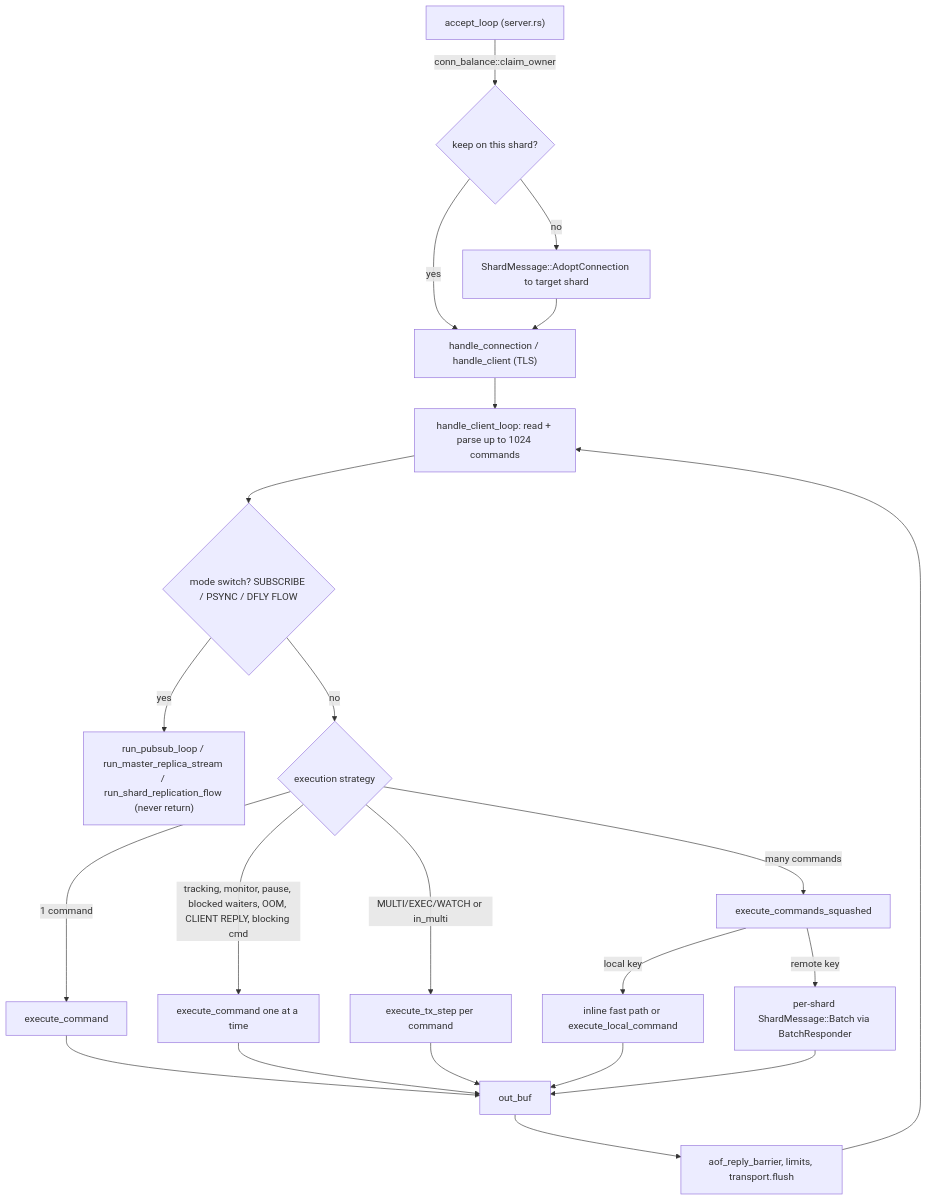
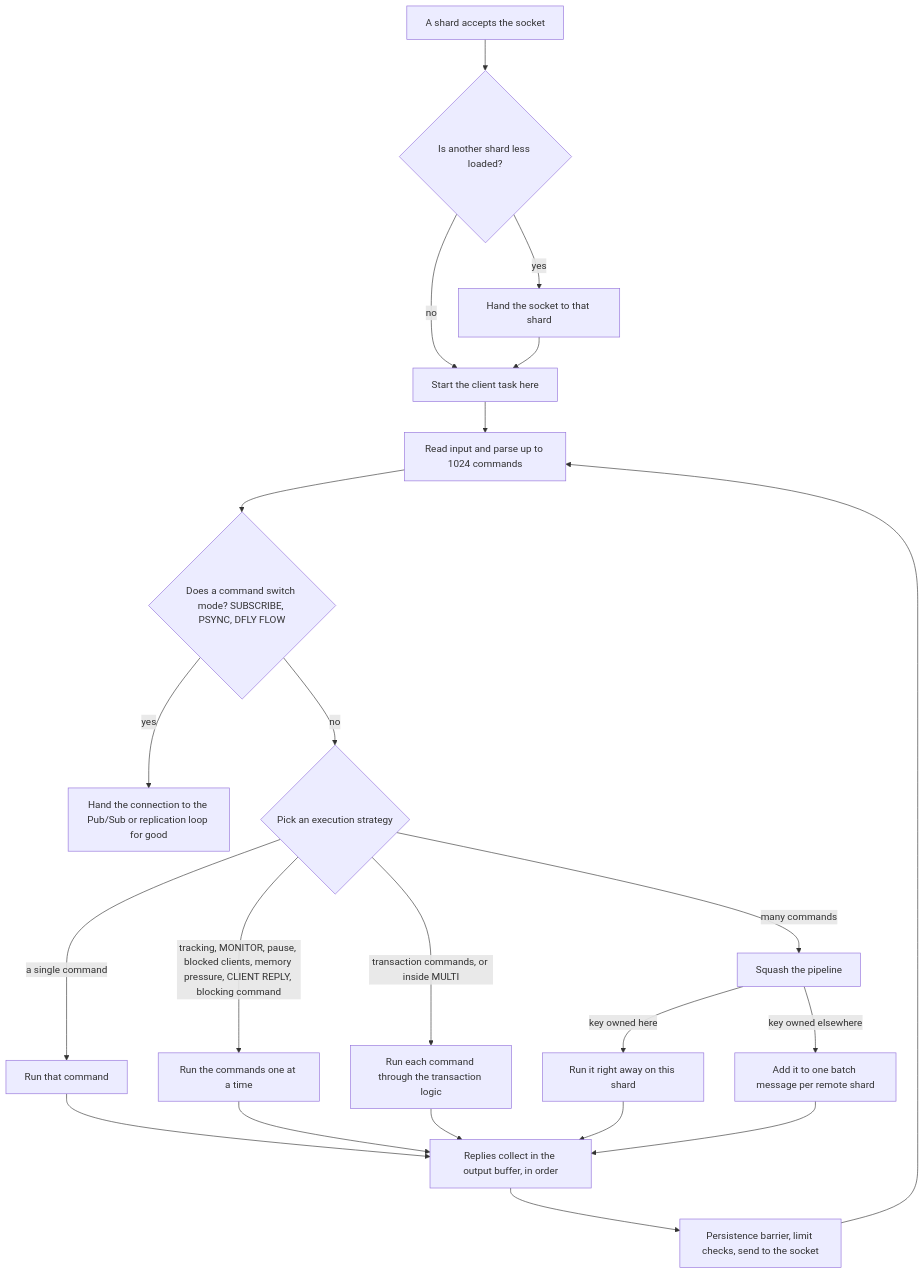
Before and after one commit to warrenzhu25/rudis: the first of 2 diagrams in docs/internal/02_connection_lifecycle.md, drawn with Mermaid. The commit also changed other lines of this file and 18 other files, not shown here.

````diff
--- a/docs/internal/02_connection_lifecycle.md
+++ b/docs/internal/02_connection_lifecycle.md
@@ -52,24 +56,24 @@
 ```mermaid
 flowchart TD
-    A["accept_loop (server.rs)"] -->|"conn_balance::claim_owner"| B{"keep on this shard?"}
-    B -->|no| H["ShardMessage::AdoptConnection to target shard"]
-    B -->|yes| C["handle_connection / handle_client (TLS)"]
+    A["A shard accepts the socket"] --> B{"Is another shard less loaded?"}
+    B -- "yes" --> H["Hand the socket to that shard"]
+    B -- "no" --> C["Start the client task here"]
     H --> C
-    C --> D["handle_client_loop: read + parse up to 1024 commands"]
-    D --> E{"mode switch? SUBSCRIBE / PSYNC / DFLY FLOW"}
-    E -->|yes| F["run_pubsub_loop / run_master_replica_stream / run_shard_replication_flow (never return)"]
-    E -->|no| G{"execution strategy"}
-    G -->|"MULTI/EXEC/WATCH or in_multi"| T["execute_tx_step per command"]
-    G -->|"tracking, monitor, pause, blocked waiters, OOM, CLIENT REPLY, blocking cmd"| S["execute_command one at a time"]
-    G -->|"1 command"| X["execute_command"]
-    G -->|"many commands"| Q["execute_commands_squashed"]
-    Q -->|"local key"| L["inline fast path or execute_local_command"]
-    Q -->|"remote key"| R["per-shard ShardMessage::Batch via BatchResponder"]
-    X --> W["out_buf"]
+    C --> D["Read input and parse up to 1024 commands"]
+    D --> E{"Does a command switch mode? SUBSCRIBE, PSYNC, DFLY FLOW"}
+    E -- "yes" --> F["Hand the connection to the Pub/Sub or replication loop for good"]
+    E -- "no" --> G{"Pick an execution strategy"}
+    G -- "transaction commands, or inside MULTI" --> T["Run each command through the transaction logic"]
+    G -- "tracking, MONITOR, pause, blocked clients, memory pressure, CLIENT REPLY, blocking command" --> S["Run the commands one at a time"]
+    G -- "a single command" --> X["Run that command"]
+    G -- "many commands" --> Q["Squash the pipeline"]
+    Q -- "key owned here" --> L["Run it right away on this shard"]
+    Q -- "key owned elsewhere" --> R["Add it to one batch message per remote shard"]
+    X --> W["Replies collect in the output buffer, in order"]
     S --> W
     T --> W
     L --> W
     R --> W
-    W --> Z["aof_reply_barrier, limits, transport.flush"]
+    W --> Z["Persistence barrier, limit checks, send to the socket"]
     Z --> D
 ```
````
